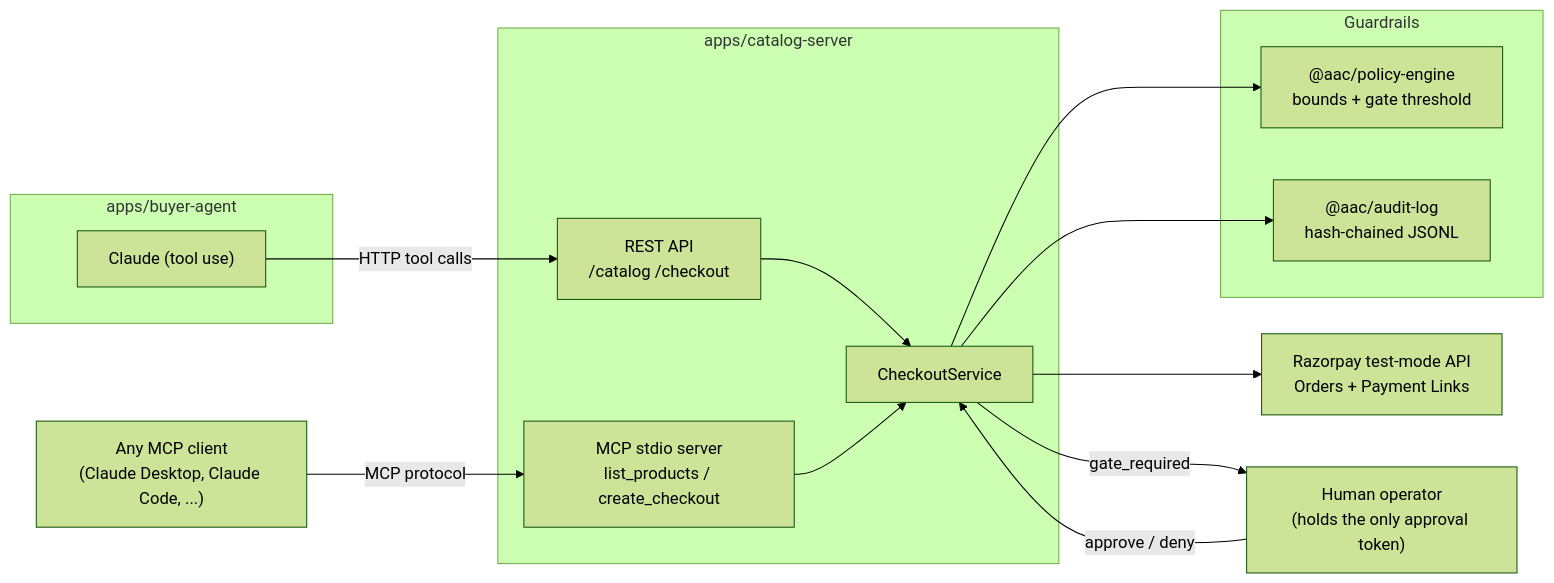
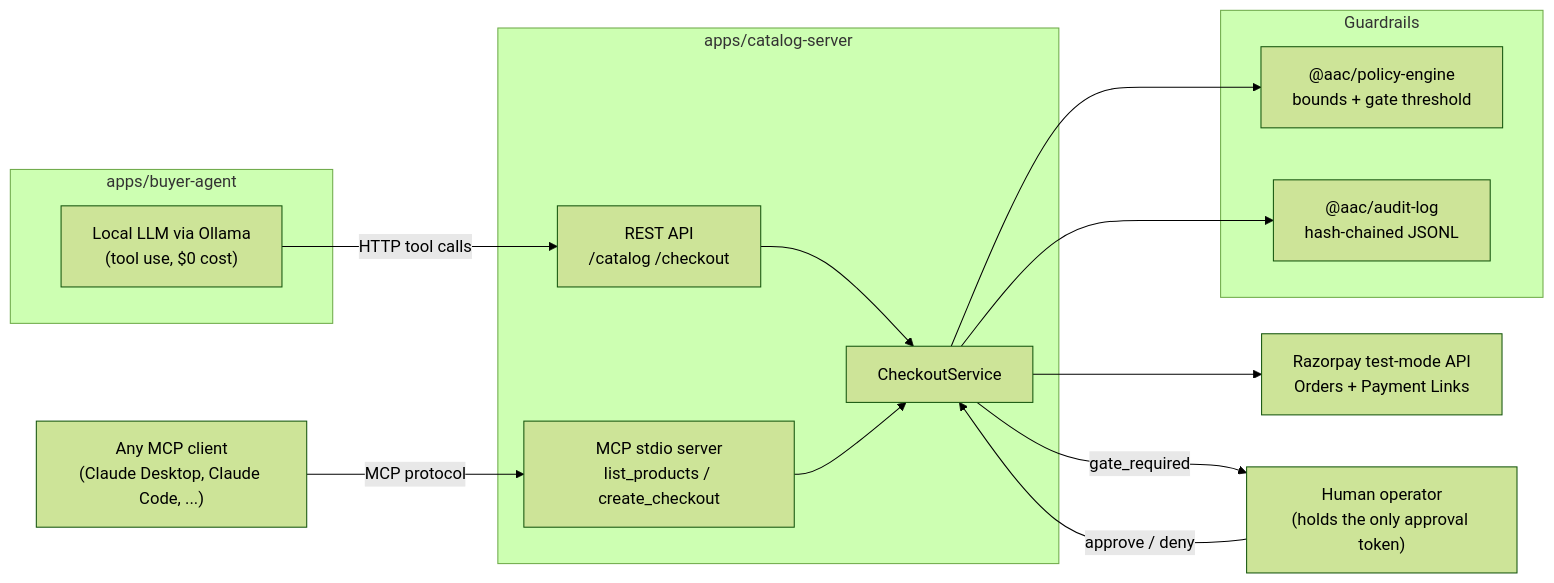
The diagram in README.md (madhav1811/ai-agentic-commerce), drawn with Mermaid (forest theme) before and after one commit. The commit also changed other lines of this file and 6 other files, not shown here.

First line of the commit message:
Replace paid Anthropic API with free local LLM (Ollama) for the buyer agent

````diff
--- a/README.md
+++ b/README.md
@@ -20,30 +24,30 @@
 ```mermaid
 flowchart LR
     subgraph Buyer["apps/buyer-agent"]
-        LLM["Claude (tool use)"]
+        LLM["Local LLM via Ollama<br/>(tool use, $0 cost)"]
     end
 
     subgraph Merchant["apps/catalog-server"]
         REST["REST API<br/>/catalog /checkout"]
         MCP["MCP stdio server<br/>list_products / create_checkout"]
         SVC["CheckoutService"]
         REST --> SVC
         MCP --> SVC
     end
 
     subgraph Guardrails
         POLICY["@aac/policy-engine<br/>bounds + gate threshold"]
         AUDIT["@aac/audit-log<br/>hash-chained JSONL"]
     end
 
     RZP["Razorpay test-mode API<br/>Orders + Payment Links"]
     OP["Human operator<br/>(holds the only approval token)"]
 
     LLM -- "HTTP tool calls" --> REST
     AnyMCP["Any MCP client<br/>(Claude Desktop, Claude Code, ...)"] -- "MCP protocol" --> MCP
     SVC --> POLICY
     SVC --> AUDIT
     SVC --> RZP
     SVC -- "gate_required" --> OP
     OP -- "approve / deny" --> SVC
 ```
````
